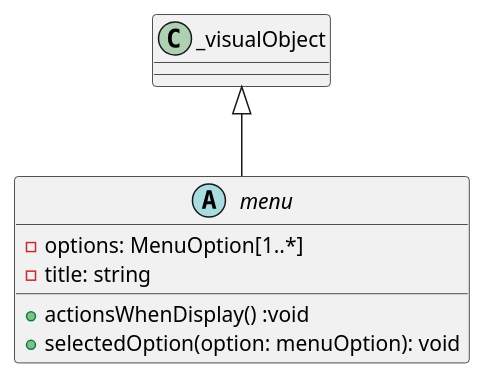
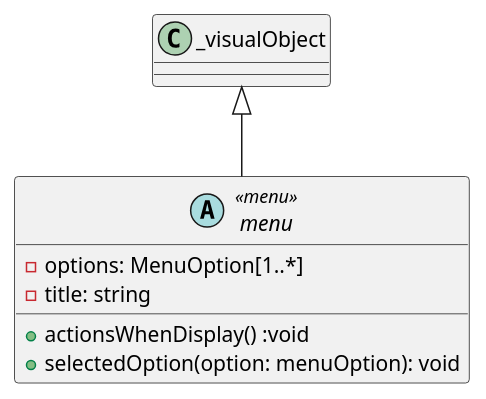
Before and after one commit to egrpy/UUMF: the ninth of 15 diagrams in uumf_classes.puml, drawn with PlantUML. The commit also changed other lines of this file, not shown here.

```diff
--- a/uumf_classes.puml
+++ b/uumf_classes.puml
@@ -54,8 +54,8 @@
 @startuml (id=menu)
-  abstract class menu extends _visualObject {
+  abstract class menu <<menu>> extends _visualObject {
     - options: MenuOption[1..*]
     - title: string
     + actionsWhenDisplay() :void
     + selectedOption(option: menuOption): void
   }
 @enduml
```
